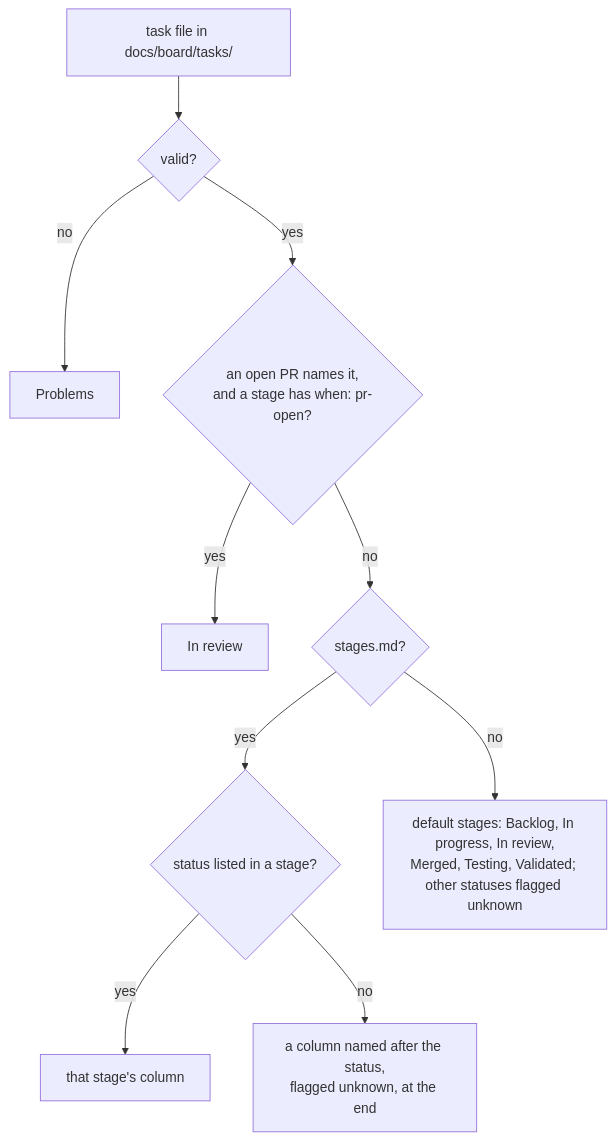
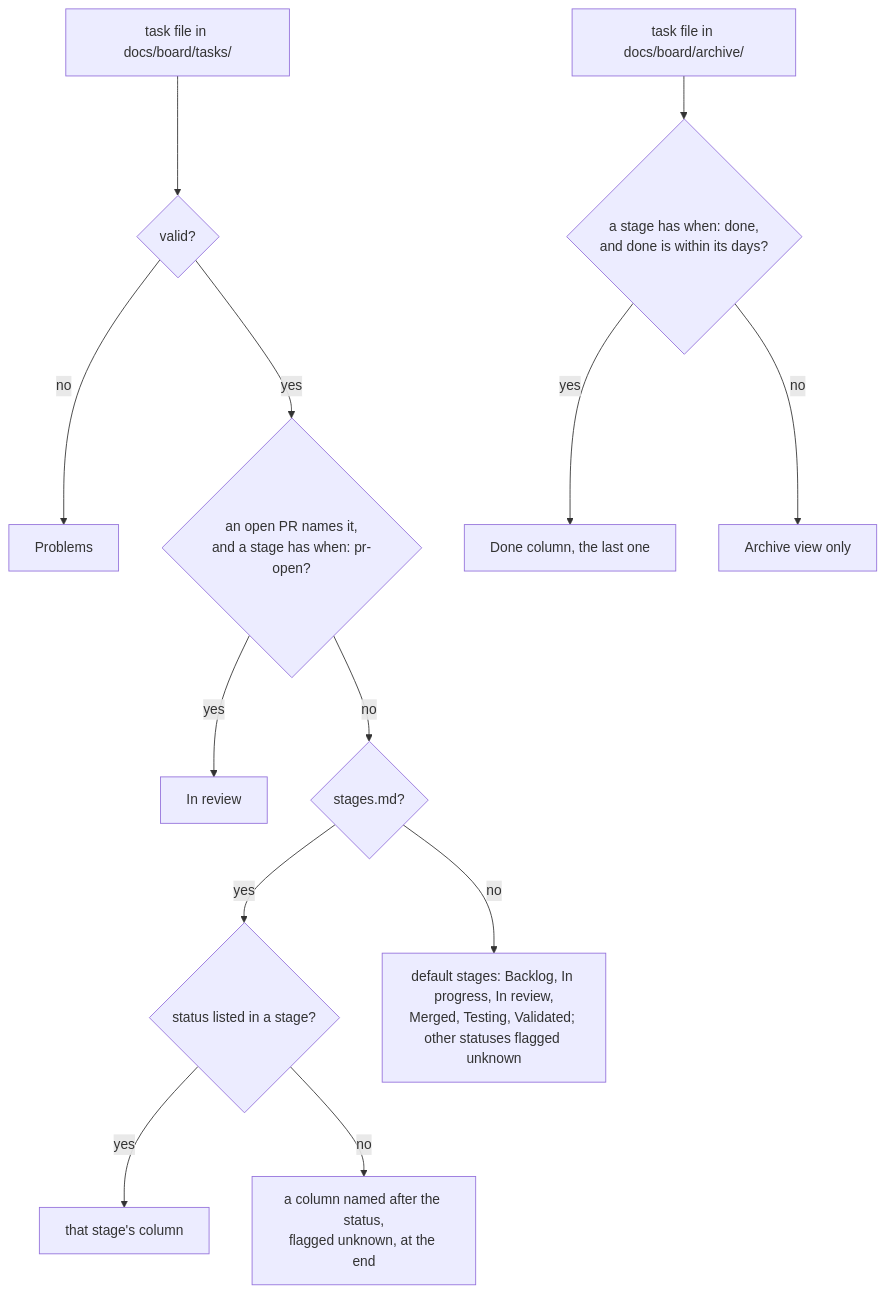
The fourth of 6 diagrams in docs/architecture.md (nemanja-mudrinic-nimbus-tech/fuda), drawn with Mermaid before and after one commit. The commit also changed other lines of this file and 1 other file, not shown here.

Commit message:
F-6: Describe when: done and days in the Guide and architecture docs

````diff
--- a/docs/architecture.md
+++ b/docs/architecture.md
@@ -196,12 +197,15 @@
 ```mermaid
 flowchart TD
   F["task file in docs/board/tasks/"] --> V{"valid?"}
   V -- no --> PB["Problems"]
   V -- yes --> PRQ{"an open PR names it,<br/>and a stage has when: pr-open?"}
   PRQ -- yes --> IR["In review"]
   PRQ -- no --> ST{"stages.md?"}
   ST -- yes --> M{"status listed in a stage?"}
   M -- yes --> COL["that stage's column"]
   M -- no --> UNK["a column named after the status,<br/>flagged unknown, at the end"]
   ST -- no --> DEF["default stages: Backlog, In progress, In review,<br/>Merged, Testing, Validated; other statuses flagged unknown"]
+  A["task file in docs/board/archive/"] --> DQ{"a stage has when: done,<br/>and done is within its days?"}
+  DQ -- yes --> DONE["Done column, the last one"]
+  DQ -- no --> AV["Archive view only"]
 ```
````
